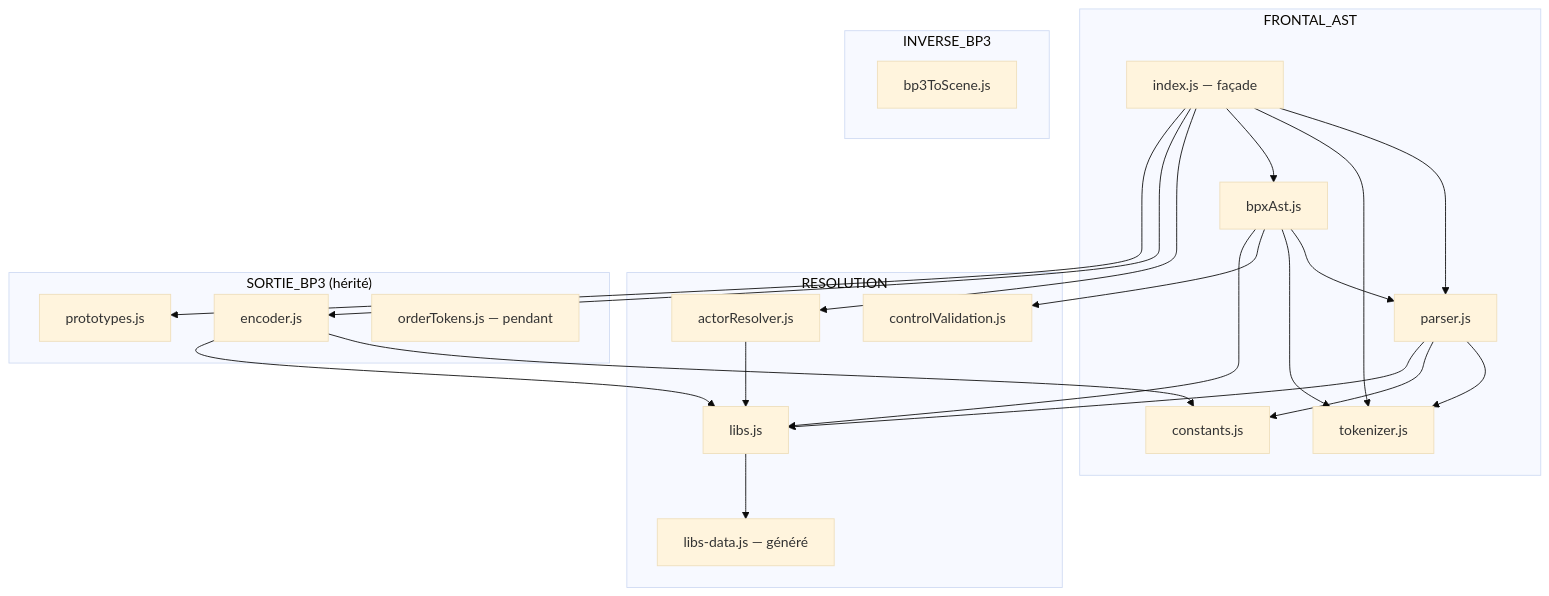
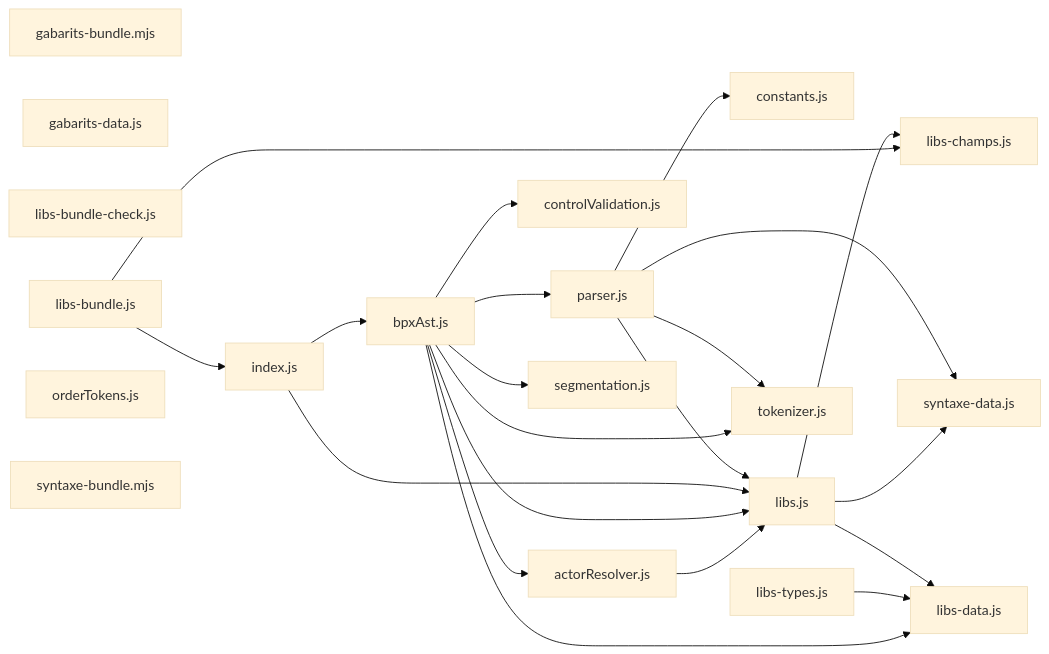
Before and after one commit to roomi-fields/BPscript: the diagram in docs/arch/carte-reel.md, drawn with Mermaid (base theme). The commit also changed other lines of this file and 2 other files, not shown here.

````diff
--- a/docs/arch/carte-reel.md
+++ b/docs/arch/carte-reel.md
@@ -44,42 +38,42 @@
 ```mermaid
-flowchart TD
-  subgraph FRONTAL_AST
-    tokenizer["tokenizer.js"]
-    parser["parser.js"]
-    bpxAst["bpxAst.js"]
-    index["index.js — façade"]
-    constants["constants.js"]
-  end
-  subgraph RESOLUTION
-    actorResolver["actorResolver.js"]
-    libs["libs.js"]
-    libs_data["libs-data.js — généré"]
-    controlValidation["controlValidation.js"]
-  end
-  subgraph SORTIE_BP3["SORTIE_BP3 (hérité)"]
-    encoder["encoder.js"]
-    prototypes["prototypes.js"]
-    orderTokens["orderTokens.js — pendant"]
-  end
-  subgraph INVERSE_BP3
-    bp3ToScene["bp3ToScene.js"]
-  end
-
-  parser --> tokenizer
-  parser --> constants
-  parser --> libs
-  bpxAst --> parser
-  bpxAst --> tokenizer
-  bpxAst --> controlValidation
-  bpxAst --> libs
-  index --> parser
-  index --> tokenizer
-  index --> bpxAst
-  index --> actorResolver
-  index --> encoder
-  index --> prototypes
-  actorResolver --> libs
-  libs --> libs_data
-  encoder --> constants
-  encoder --> libs
+flowchart LR
+  actorResolver_js["actorResolver.js"]
+  bpxAst_js["bpxAst.js"]
+  constants_js["constants.js"]
+  controlValidation_js["controlValidation.js"]
+  gabarits_bundle_mjs["gabarits-bundle.mjs"]
+  gabarits_data_js["gabarits-data.js"]
+  index_js["index.js"]
+  libs_bundle_check_js["libs-bundle-check.js"]
+  libs_bundle_js["libs-bundle.js"]
+  libs_champs_js["libs-champs.js"]
+  libs_data_js["libs-data.js"]
+  libs_types_js["libs-types.js"]
+  libs_js["libs.js"]
+  orderTokens_js["orderTokens.js"]
+  parser_js["parser.js"]
+  segmentation_js["segmentation.js"]
+  syntaxe_bundle_mjs["syntaxe-bundle.mjs"]
+  syntaxe_data_js["syntaxe-data.js"]
+  tokenizer_js["tokenizer.js"]
+  actorResolver_js --> libs_js
+  bpxAst_js --> tokenizer_js
+  bpxAst_js --> parser_js
+  bpxAst_js --> libs_js
+  bpxAst_js --> libs_data_js
+  bpxAst_js --> segmentation_js
+  bpxAst_js --> actorResolver_js
+  bpxAst_js --> controlValidation_js
+  index_js --> bpxAst_js
+  index_js --> libs_js
+  libs_bundle_js --> libs_champs_js
+  libs_bundle_js --> index_js
+  libs_types_js --> libs_data_js
+  libs_js --> libs_data_js
+  libs_js --> syntaxe_data_js
+  libs_js --> libs_champs_js
+  parser_js --> tokenizer_js
+  parser_js --> libs_js
+  parser_js --> constants_js
+  parser_js --> syntaxe_data_js
 ```
````
